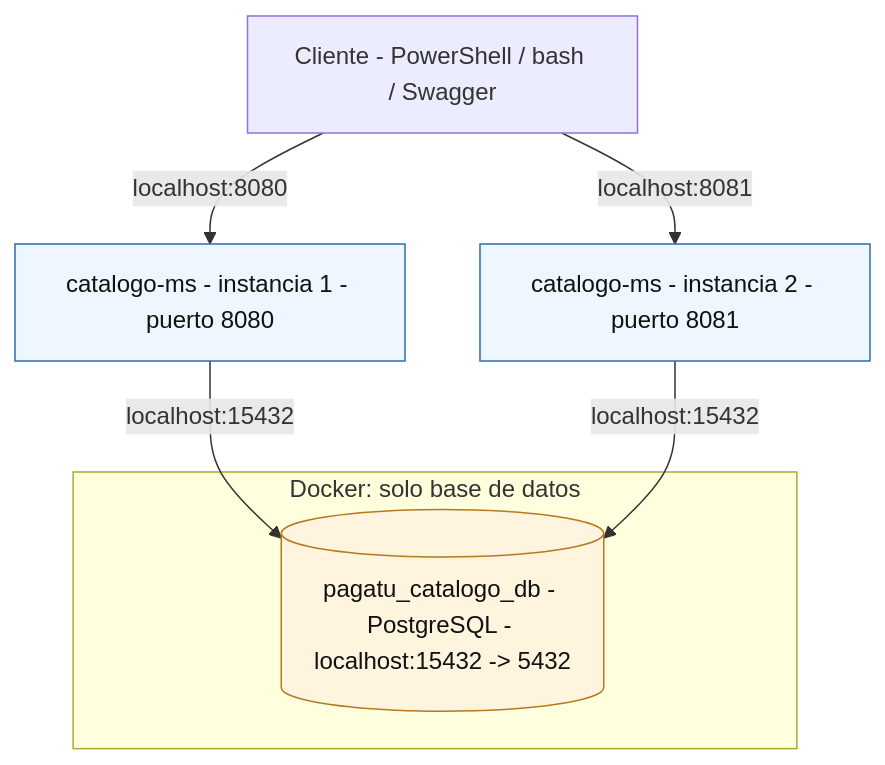
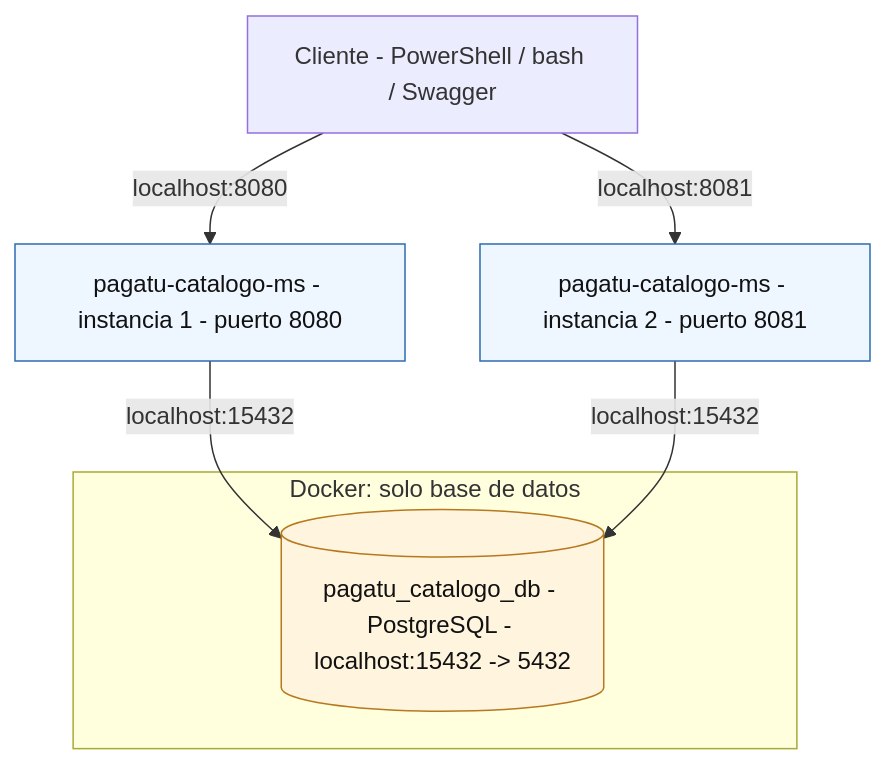
The sixth of 6 diagrams in docs/sesiones/S01_Construccion_Servicio_Base.md (262dist/pagatu), drawn with Mermaid before and after one commit. The commit also changed other lines of this file and 13 other files, not shown here.

````diff
--- a/docs/sesiones/S01_Construccion_Servicio_Base.md
+++ b/docs/sesiones/S01_Construccion_Servicio_Base.md
@@ -1766,19 +1780,19 @@
 ```mermaid
 flowchart TB
     DevClient["Cliente - PowerShell / bash / Swagger"]
-    DevApp1["catalogo-ms - instancia 1 - puerto 8080"]
-    DevApp2["catalogo-ms - instancia 2 - puerto 8081"]
+    DevApp1["pagatu-catalogo-ms - instancia 1 - puerto 8080"]
+    DevApp2["pagatu-catalogo-ms - instancia 2 - puerto 8081"]
     subgraph DevDocker["Docker: solo base de datos"]
         DevDb[("pagatu_catalogo_db - PostgreSQL - localhost:15432 -> 5432")]
     end
 
     DevClient -->|"localhost:8080"| DevApp1
     DevClient -->|"localhost:8081"| DevApp2
     DevApp1 -->|"localhost:15432"| DevDb
     DevApp2 -->|"localhost:15432"| DevDb
 
     classDef app fill:#eef6ff,stroke:#2b6cb0,color:#111;
     classDef db fill:#fff4de,stroke:#b7791f,color:#111;
     class DevApp1,DevApp2 app;
     class DevDb db;
 ```
````
